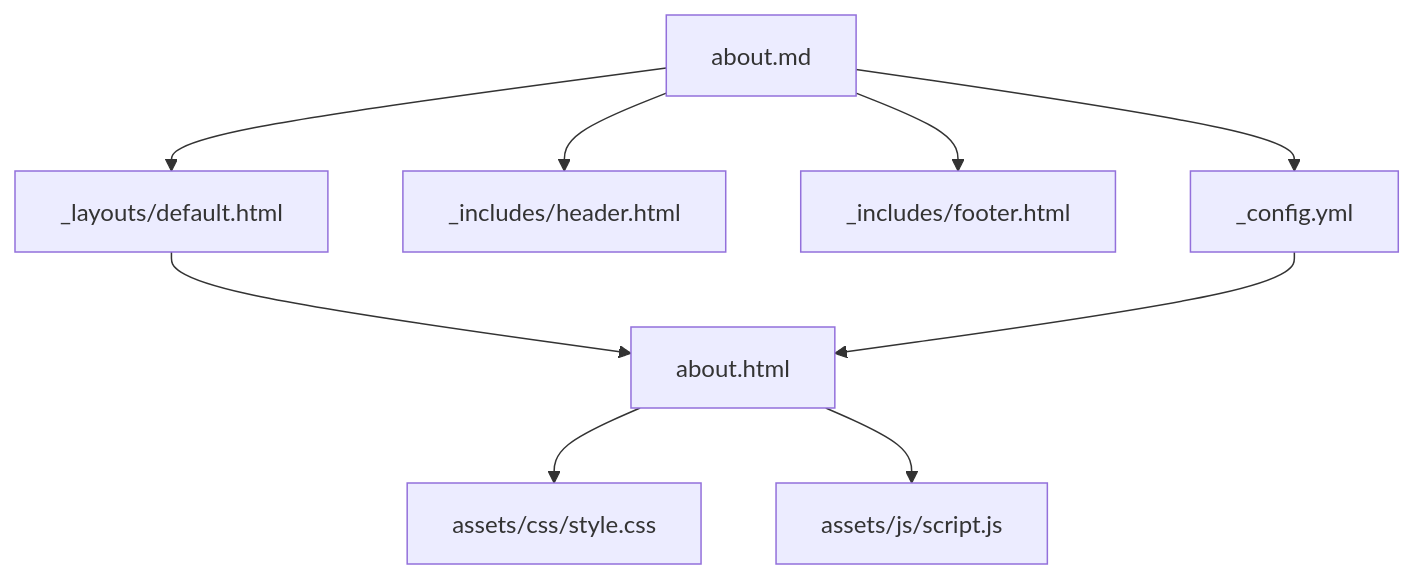
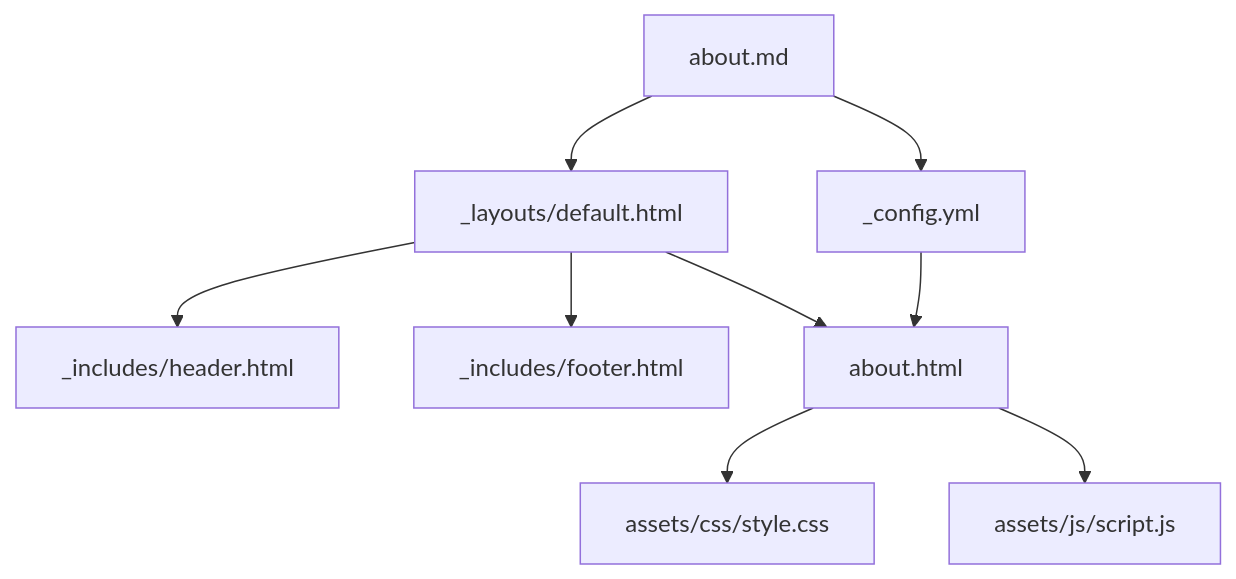
Before and after one commit to BlackPythonDevs/blackpythondevs.github.io: the third of 3 diagrams in CONTRIBUTING.md, drawn with Mermaid. The commit also changed other lines of this file, not shown here.

Commit message:
Fix footer and header to inherit from _layouts/default.html

````diff
--- a/CONTRIBUTING.md
+++ b/CONTRIBUTING.md
@@ -55,11 +55,11 @@
 ```mermaid
     flowchart TD
     about.md --> _layouts/default.html
-    about.md --> _includes/header.html
-    about.md --> _includes/footer.html
     about.md --> _config.yml
+    _layouts/default.html --> _includes/header.html
+    _layouts/default.html --> _includes/footer.html
     _layouts/default.html --> about.html
     _config.yml --> about.html
     about.html --> assets/css/style.css
     about.html --> assets/js/script.js
 ```
````
